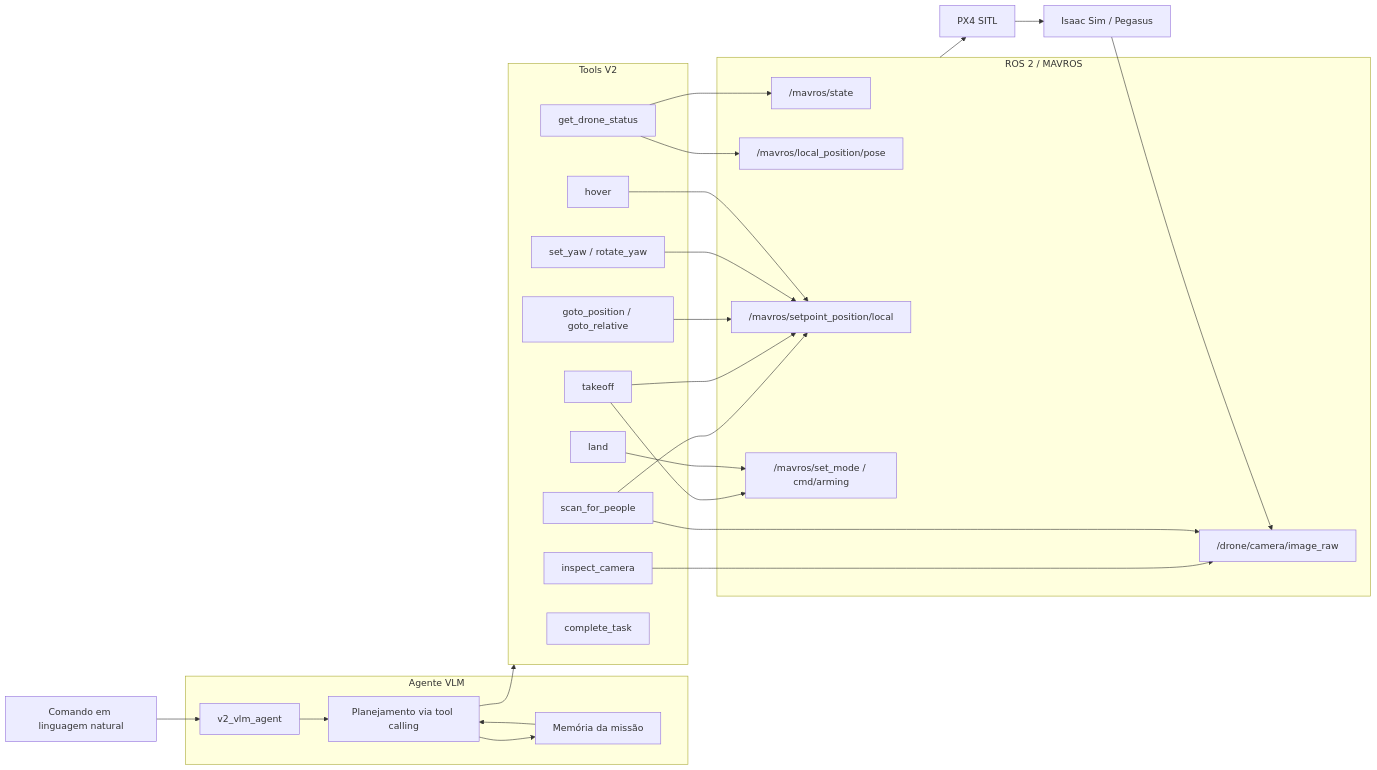
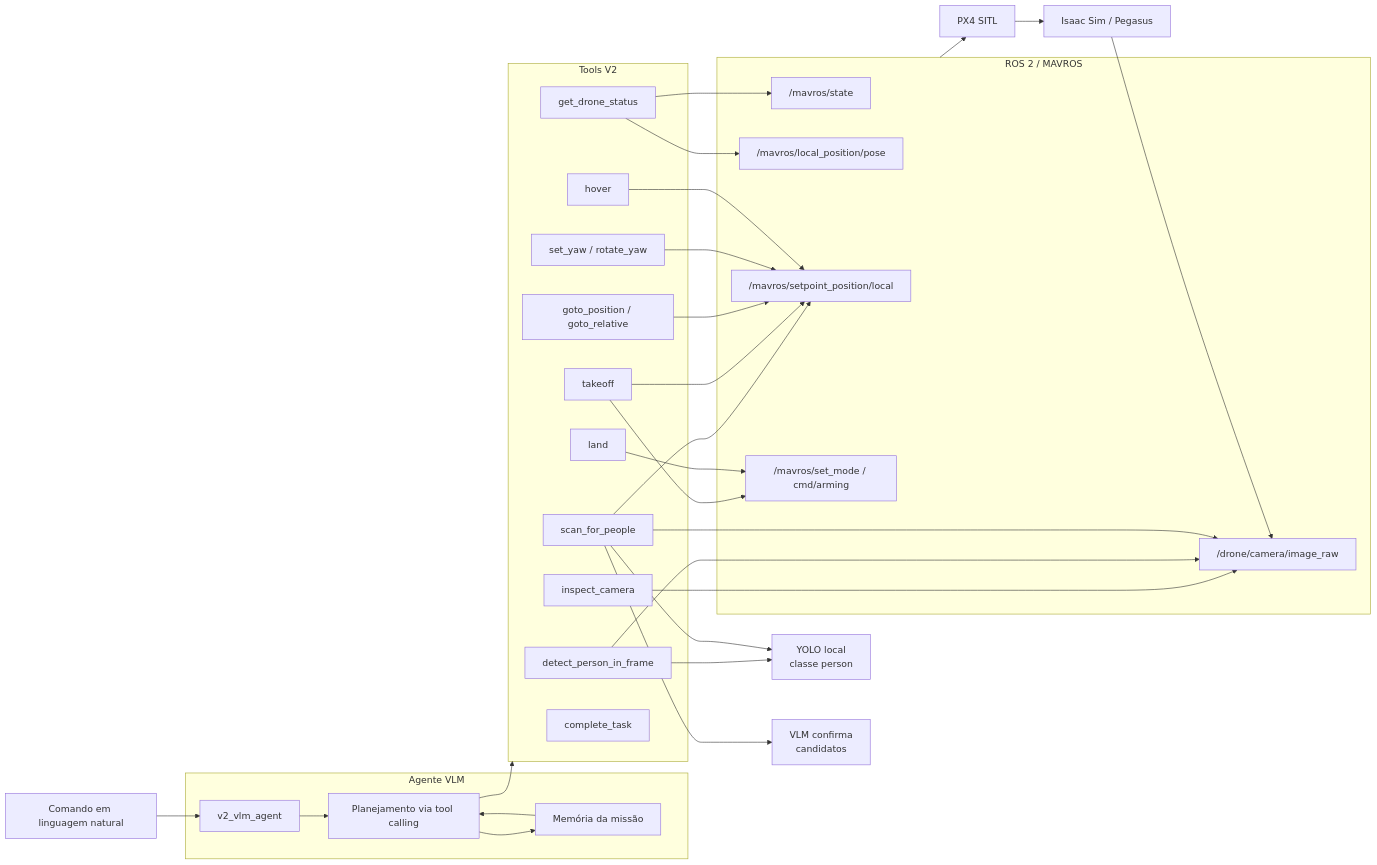
The diagram in docs/v2_architecture.md (catolicasc/nlp-drone-tracking), drawn with Mermaid before and after one commit. The commit also changed other lines of this file and 14 other files, not shown here.

````diff
--- a/docs/v2_architecture.md
+++ b/docs/v2_architecture.md
@@ -7,48 +7,53 @@
 ```mermaid
 flowchart LR
     UserInput["Comando em linguagem natural"] --> VlmAgent["v2_vlm_agent"]
 
     subgraph agentCore [Agente VLM]
         VlmAgent --> Planner["Planejamento via tool calling"]
         Planner --> Memory["Memória da missão"]
         Memory --> Planner
     end
 
     subgraph tools [Tools V2]
         StatusTool["get_drone_status"]
         CameraTool["inspect_camera"]
+        YoloTool["detect_person_in_frame"]
         PeopleTool["scan_for_people"]
         TakeoffTool["takeoff"]
         GotoTool["goto_position / goto_relative"]
         YawTool["set_yaw / rotate_yaw"]
         HoverTool["hover"]
         LandTool["land"]
         FinishTool["complete_task"]
     end
 
     Planner --> tools
 
     subgraph rosStack [ROS 2 / MAVROS]
         MavrosState["/mavros/state"]
         MavrosPose["/mavros/local_position/pose"]
         MavrosSetpoint["/mavros/setpoint_position/local"]
         MavrosServices["/mavros/set_mode / cmd/arming"]
         CameraTopic["/drone/camera/image_raw"]
     end
 
     StatusTool --> MavrosState
     StatusTool --> MavrosPose
     CameraTool --> CameraTopic
+    YoloTool --> CameraTopic
     PeopleTool --> CameraTopic
+    YoloTool --> Yolo["YOLO local<br/>classe person"]
+    PeopleTool --> Yolo
+    PeopleTool --> VlmConfirm["VLM confirma<br/>candidatos"]
     PeopleTool --> MavrosSetpoint
     TakeoffTool --> MavrosSetpoint
     TakeoffTool --> MavrosServices
     GotoTool --> MavrosSetpoint
     YawTool --> MavrosSetpoint
     HoverTool --> MavrosSetpoint
     LandTool --> MavrosServices
 
     rosStack --> Px4["PX4 SITL"]
     Px4 --> Isaac["Isaac Sim / Pegasus"]
     Isaac --> CameraTopic
 ```
````
